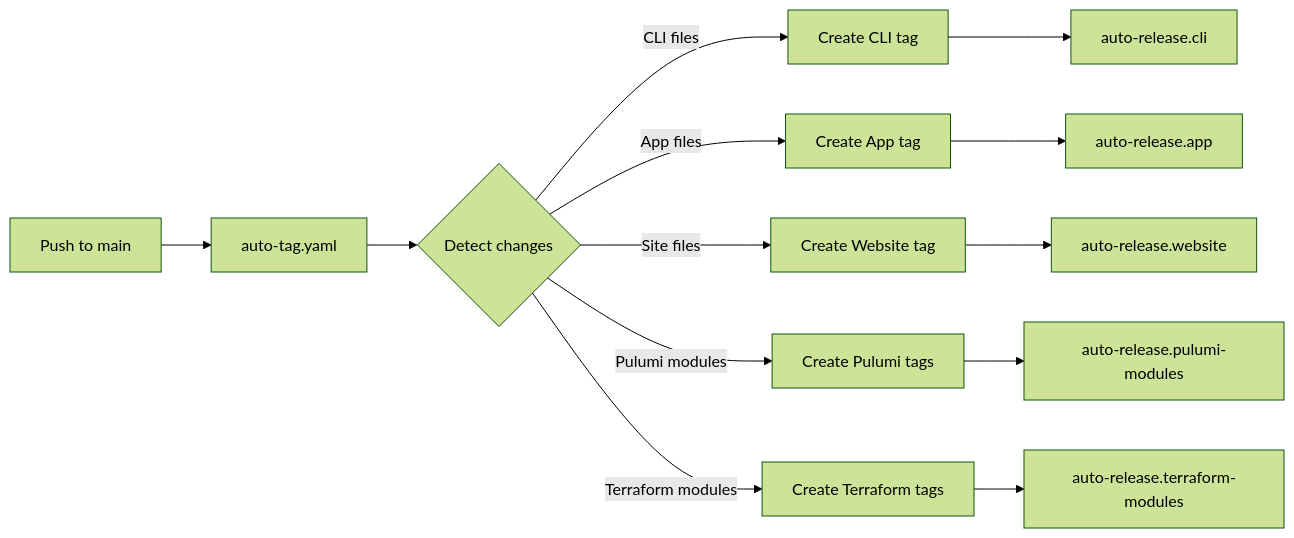
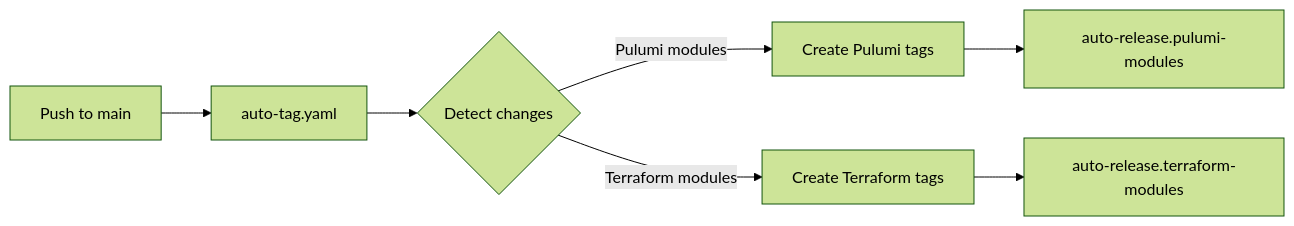
One commit to plantonhq/openmcf changed the first of 2 diagrams in .github/workflows/docs/auto-tags.md. Above: the diagram before and after it, drawn with Mermaid (forest theme). The commit also changed other lines of this file and 13 other files, not shown here.

First line of the commit message:
ci(repo): decommission CLI and website releases

````diff
--- a/.github/workflows/docs/auto-tags.md
+++ b/.github/workflows/docs/auto-tags.md
@@ -11,15 +11,9 @@
 ```mermaid
 flowchart LR
     A[Push to main] --> B[auto-tag.yaml]
     B --> C{Detect changes}
-    C -->|CLI files| D[Create CLI tag]
-    C -->|App files| E[Create App tag]
-    C -->|Site files| F[Create Website tag]
     C -->|Pulumi modules| G[Create Pulumi tags]
     C -->|Terraform modules| H[Create Terraform tags]
-    D --> I[auto-release.cli]
-    E --> J[auto-release.app]
-    F --> K[auto-release.website]
     G --> L[auto-release.pulumi-modules]
     H --> M[auto-release.terraform-modules]
 ```
````
